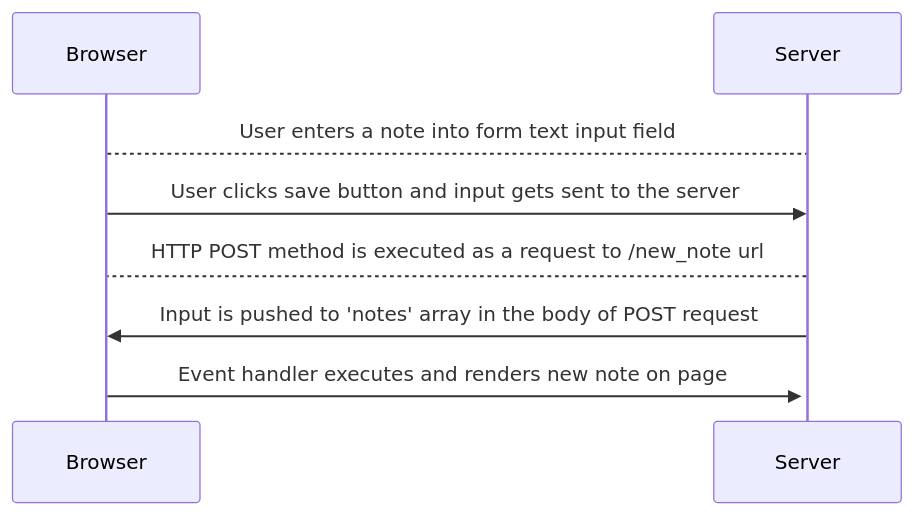
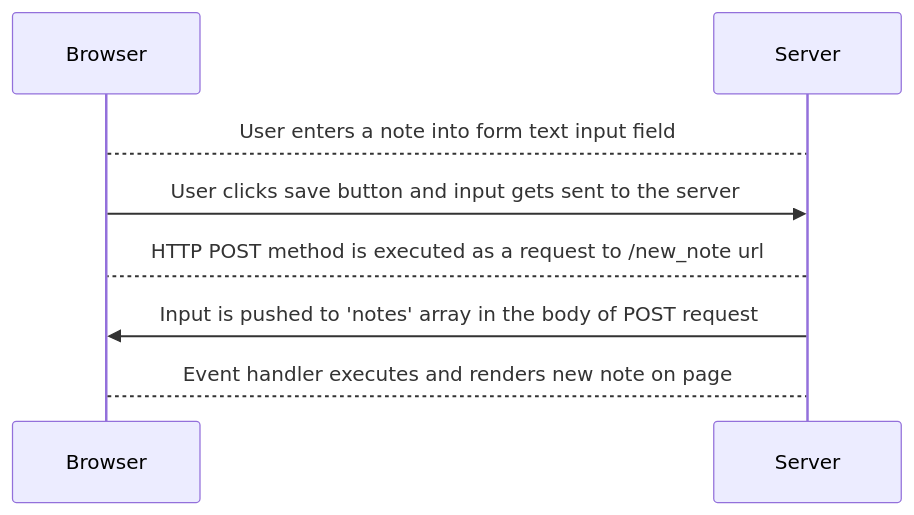
One commit to tmaitland/fullstackopen changed the diagram in part0/sequenceDiagram.md. Above: the diagram before and after it, drawn with Mermaid.

Commit message:
minor update to last line

````diff
--- a/part0/sequenceDiagram.md
+++ b/part0/sequenceDiagram.md
@@ -1,10 +1,10 @@
 ```mermaid
    sequenceDiagram
         Browser-->Server: User enters a note into form text input field
         Browser->>Server: User clicks save button and input gets sent to the server 
         Server-->Browser: HTTP POST method is executed as a request to /new_note url 
         Server->>Browser: Input is pushed to 'notes' array in the body of POST request
-        Browser->>+Server: Event handler executes and renders new note on page
+        Browser-->Server: Event handler executes and renders new note on page
    
   
 ```
````
